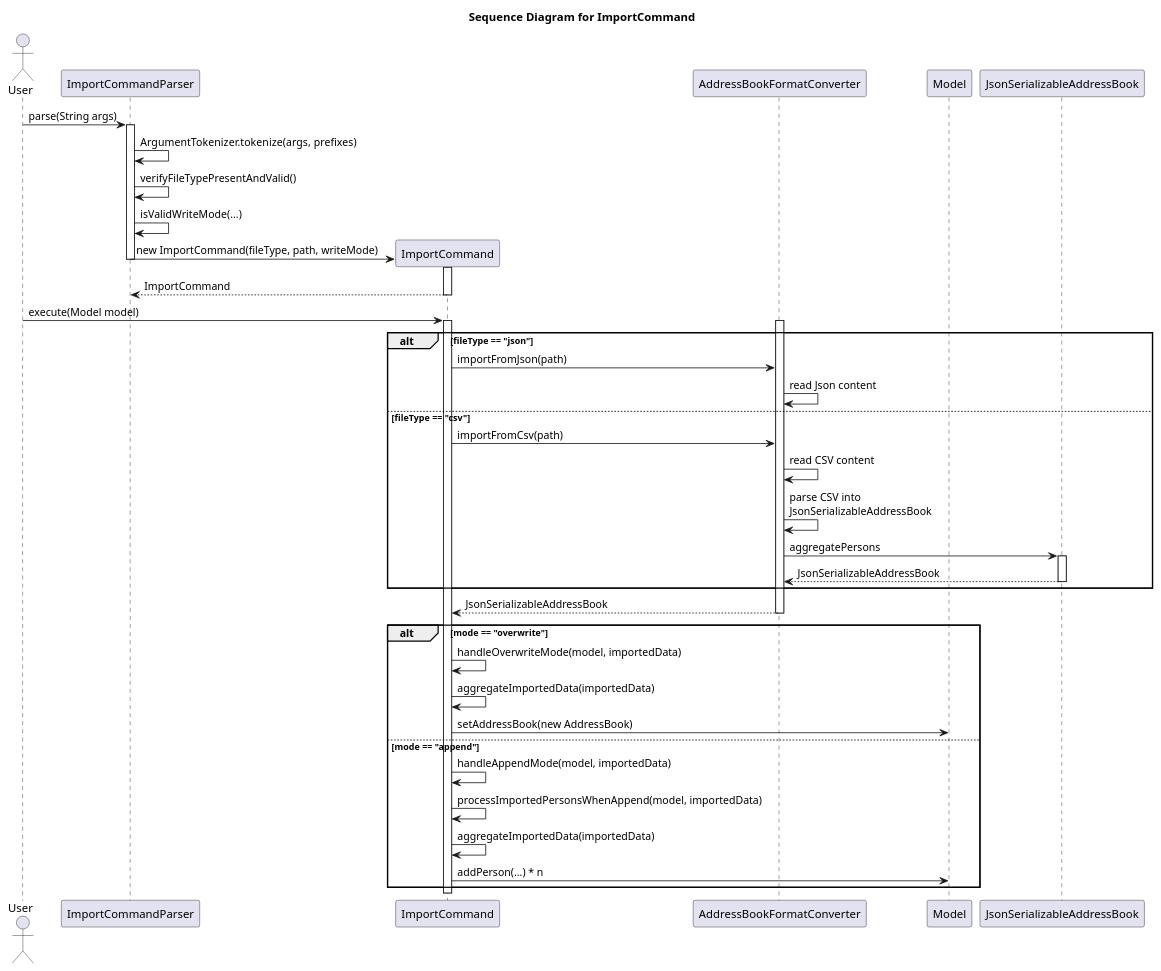
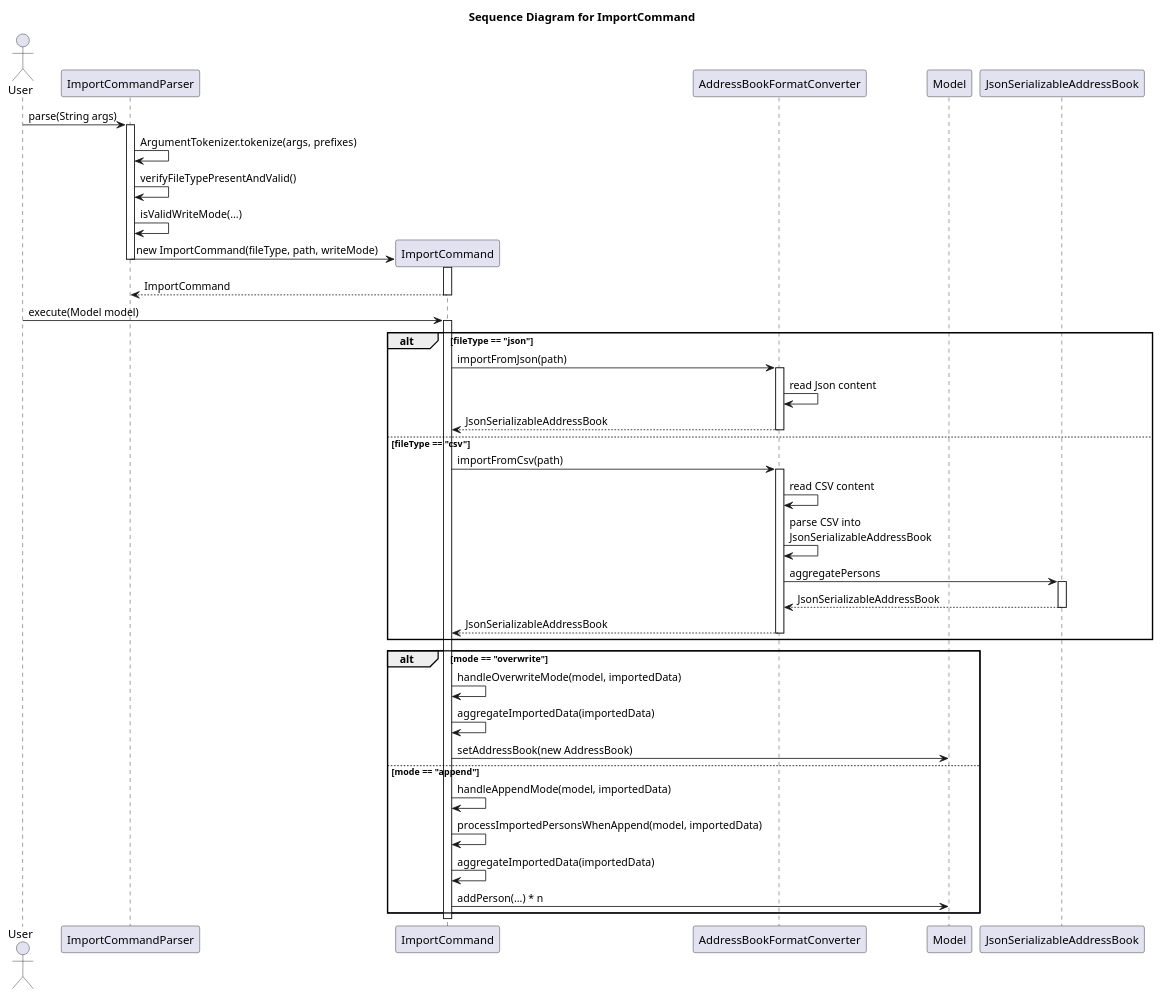
The diagram in docs/diagrams/ImportSequenceDiagram.puml (kimseunghyun-kr/tp), drawn with PlantUML before and after one commit. The commit also changed 2 other files, not shown here.

Commit message:
Add : UML diagram for ExportDiagram and fix for Importdiagram

```diff
--- a/docs/diagrams/ImportSequenceDiagram.puml
+++ b/docs/diagrams/ImportSequenceDiagram.puml
@@ -1,61 +1,67 @@
 @startuml
 
 title Sequence Diagram for ImportCommand
 
 actor User as U
 participant "ImportCommandParser" as ICP
 participant "ImportCommand" as IC
 participant "AddressBookFormatConverter" as ABC
 participant "Model" as M
 participant JsonSerializableAddressBook
 
 U -> ICP: parse(String args)
 activate ICP
 
 ICP -> ICP: ArgumentTokenizer.tokenize(args, prefixes)
 ICP -> ICP: verifyFileTypePresentAndValid()
 ICP -> ICP: isValidWriteMode(...)
 create IC
 ICP -> IC: new ImportCommand(fileType, path, writeMode)
 deactivate ICP
 activate IC
 return ImportCommand
 
 U -> IC: execute(Model model)
 activate IC
 
 
-activate ABC
+
 alt fileType == "json"
     IC -> ABC: importFromJson(path)
+    activate ABC
     ABC -> ABC: read Json content
+    ABC --> IC : JsonSerializableAddressBook
+    deactivate ABC
 else fileType == "csv"
     IC -> ABC: importFromCsv(path)
+    activate ABC
     ABC -> ABC: read CSV content
     ABC -> ABC: parse CSV into\nJsonSerializableAddressBook
     ABC -> JsonSerializableAddressBook : aggregatePersons
     activate JsonSerializableAddressBook
     return JsonSerializableAddressBook
+    ABC --> IC : JsonSerializableAddressBook
+    deactivate ABC
 end
 
-ABC --> IC : JsonSerializableAddressBook
-deactivate ABC
+
+
 
 
 
 alt mode == "overwrite"
     IC -> IC: handleOverwriteMode(model, importedData)
     IC -> IC: aggregateImportedData(importedData)
     IC -> M: setAddressBook(new AddressBook)
 else mode == "append"
     IC -> IC: handleAppendMode(model, importedData)
     IC -> IC: processImportedPersonsWhenAppend(model, importedData)
     IC -> IC: aggregateImportedData(importedData)
     IC -> M: addPerson(...) * n
 end
 
 'return CommandResult
 
 deactivate IC
 
 @enduml
```
